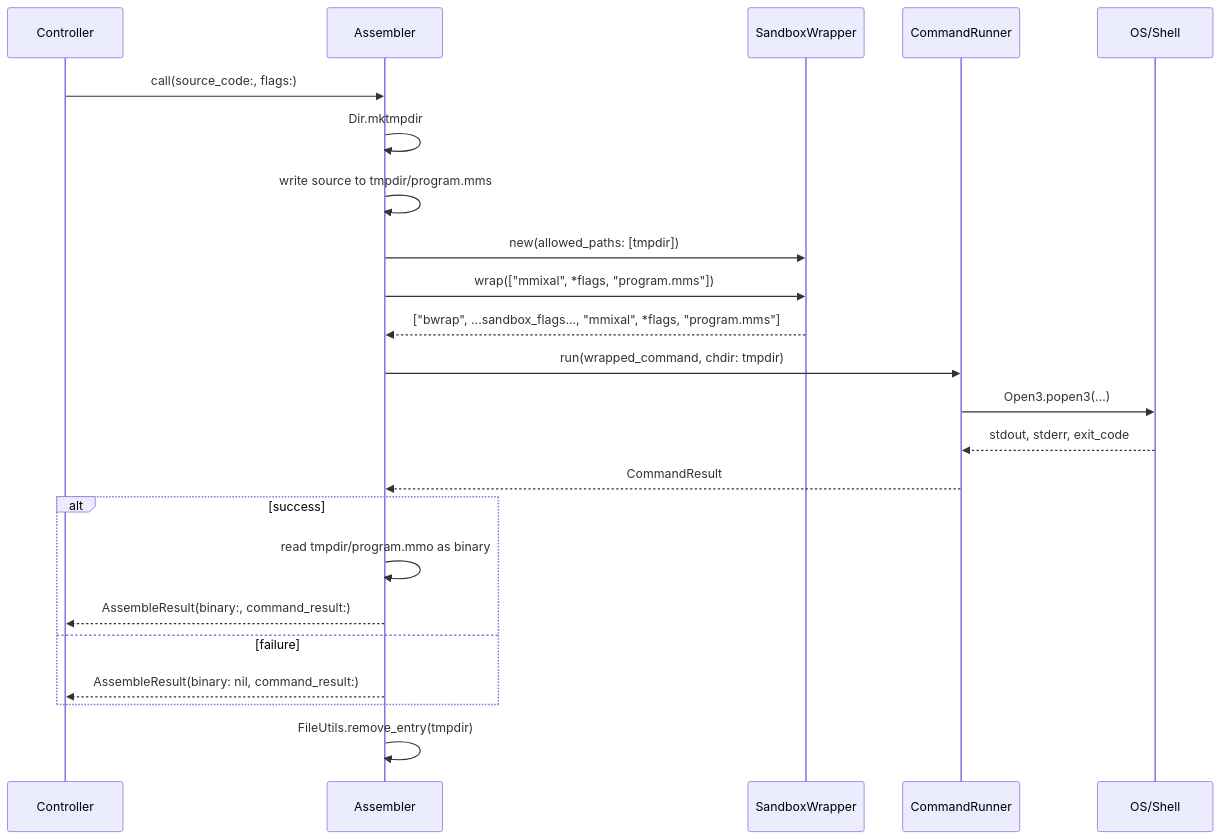
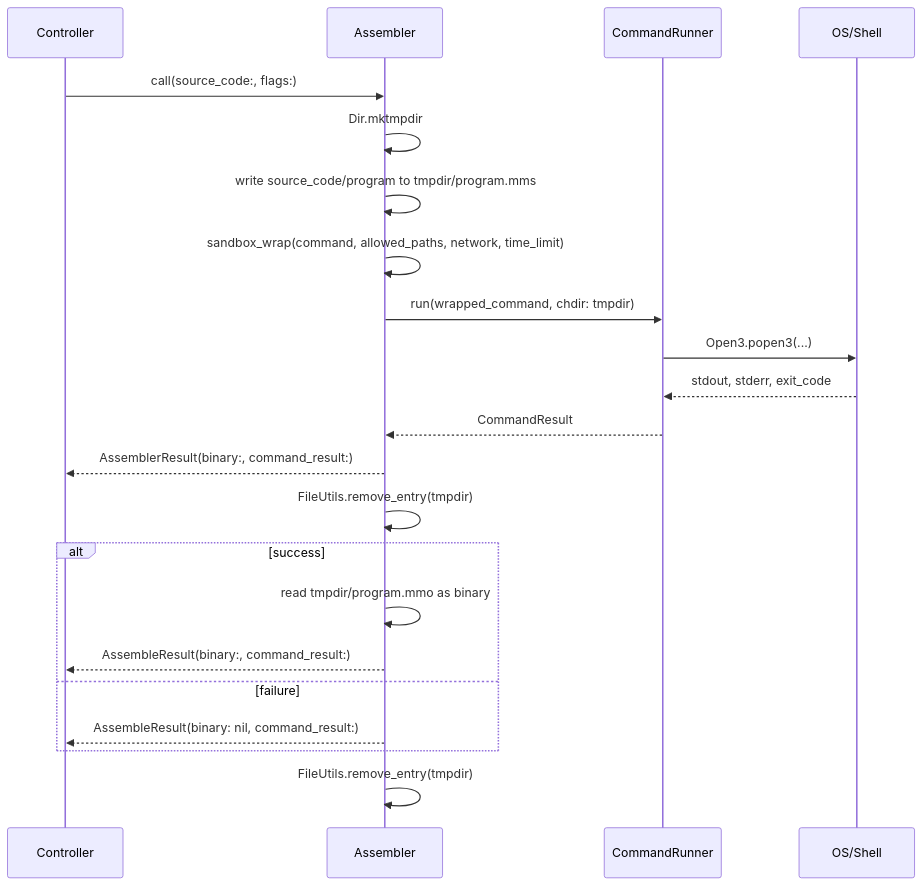
The second of 6 diagrams in docs/service_architecture.md (Wirt4/mmix-simulator), drawn with Mermaid before and after one commit. The commit also changed other lines of this file, not shown here.

Commit message:
more design doc draft updates

````diff
--- a/docs/service_architecture.md
+++ b/docs/service_architecture.md
@@ -77,26 +77,25 @@
 ```mermaid
 sequenceDiagram
     participant C as Controller
     participant A as Assembler
-    participant SW as SandboxWrapper
     participant CR as CommandRunner
     participant OS as OS/Shell
 
     C->>A: call(source_code:, flags:)
     A->>A: Dir.mktmpdir
-    A->>A: write source to tmpdir/program.mms
-    A->>SW: new(allowed_paths: [tmpdir])
-    A->>SW: wrap(["mmixal", *flags, "program.mms"])
-    SW-->>A: ["bwrap", ...sandbox_flags..., "mmixal", *flags, "program.mms"]
+    A->>A: write source_code/program to tmpdir/program.mms
+    A->>A: sandbox_wrap(command, allowed_paths, network, time_limit)
     A->>CR: run(wrapped_command, chdir: tmpdir)
     CR->>OS: Open3.popen3(...)
     OS-->>CR: stdout, stderr, exit_code
     CR-->>A: CommandResult
+    A-->>C: AssemblerResult(binary:, command_result:)
+    A->>A: FileUtils.remove_entry(tmpdir)
     alt success
         A->>A: read tmpdir/program.mmo as binary
         A-->>C: AssembleResult(binary:, command_result:)
     else failure
         A-->>C: AssembleResult(binary: nil, command_result:)
     end
     A->>A: FileUtils.remove_entry(tmpdir)
 ```
````
